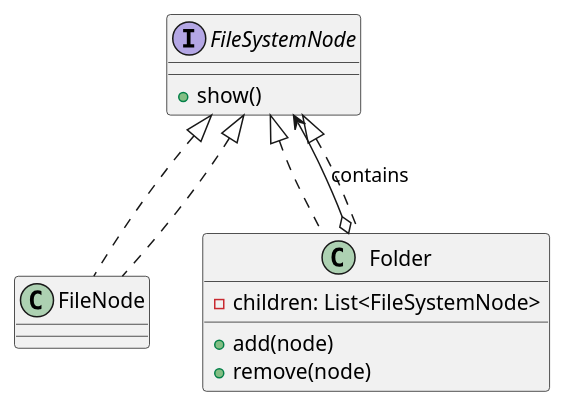
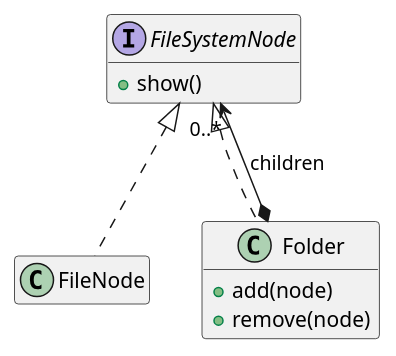
The seventh of 8 diagrams in class/amss2025/curs/11-patterns-reloaded.md (traiansf/traiansf.github.io), drawn with PlantUML before and after one commit. The commit also changed other lines of this file and 2 other files, not shown here.

````diff
--- a/class/amss2025/curs/11-patterns-reloaded.md
+++ b/class/amss2025/curs/11-patterns-reloaded.md
@@ -802,19 +1072,16 @@
 ```plantuml
 @startuml
+hide empty members
 interface FileSystemNode {
     +show()
 }
 
 class FileNode implements FileSystemNode
 class Folder implements FileSystemNode {
-    -children: List<FileSystemNode>
     +add(node)
     +remove(node)
 }
 
-FileSystemNode <|.. FileNode
-FileSystemNode <|.. Folder
-
-Folder o--> FileSystemNode : contains
+Folder *--> "0..*" FileSystemNode : children
 @enduml
 ```
````
